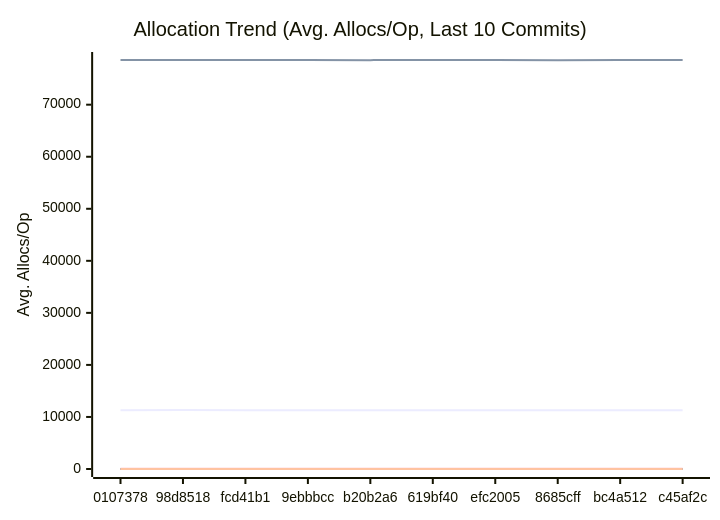
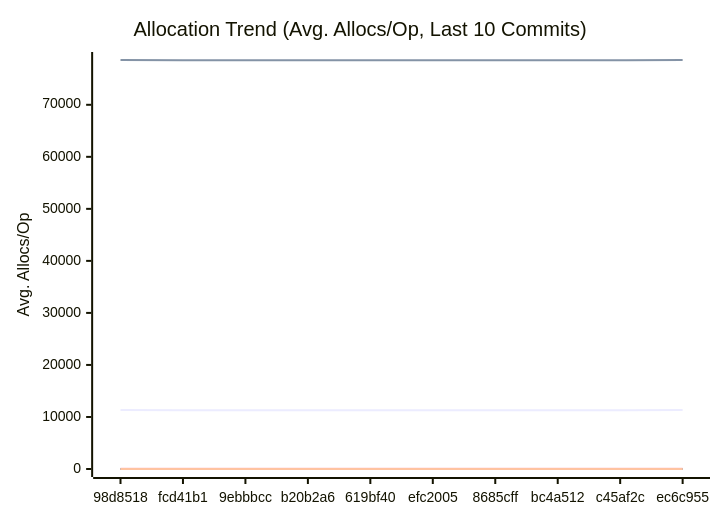
Before and after one commit to alsotoes/momo: the third of 3 diagrams in docs/PERFORMANCE.md, drawn with Mermaid. The commit also changed other lines of this file and 3 other files, not shown here.

````diff
--- a/docs/PERFORMANCE.md
+++ b/docs/PERFORMANCE.md
@@ -197,20 +197,20 @@
 ```mermaid
 xychart-beta
     title "Allocation Trend (Avg. Allocs/Op, Last 10 Commits)"
     x-axis "Commit"
     y-axis "Avg. Allocs/Op"
-    x-axis [0107378,98d8518,fcd41b1,9ebbbcc,b20b2a6,619bf40,efc2005,8685cff,bc4a512,c45af2c]
-    line "AWSChunkedReaderSigned" [11295,11316,11296,11282,11271,11298,11310,11291,11308,11295]
-    line "AWSChunkedReaderUnsigned" [78577,78586,78573,78566,78562,78570,78573,78562,78577,78570]
+    x-axis [98d8518,fcd41b1,9ebbbcc,b20b2a6,619bf40,efc2005,8685cff,bc4a512,c45af2c,ec6c955]
+    line "AWSChunkedReaderSigned" [11316,11296,11282,11271,11298,11310,11291,11308,11295,11329]
+    line "AWSChunkedReaderUnsigned" [78586,78573,78566,78562,78570,78573,78562,78577,78570,78609]
     line "CheckMetricsAndSwap" [0,0,0,0,0,0,0,0,0,0]
     line "CrushOptimized" [0,0,0,0,0,0,0,0,0,0]
     line "CrushOriginal" [3,3,3,3,3,3,3,3,3,3]
     line "IndexDirectTracking" [0,0,0,0,0,0,0,0,0,0]
     line "IndexSearch" [0,0,0,0,0,0,0,0,0,0]
     line "LoadGlobalConfig" [46,46,46,46,46,46,46,46,46,46]
     line "PadString" [1,1,1,1,1,1,1,1,1,1]
     line "ParseReplicationOrder_NoPrealloc" [6,6,6,6,6,5,5,5,5,5]
     line "ParseReplicationOrder_Prealloc" [2,2,2,2,2,1,1,1,1,1]
     line "SanitizeLog/Safe" [0,0,0,0,0,0,0,0,0,0]
     line "SanitizeLog/Unsafe" [1,1,1,1,1,1,1,1,1,1]
 ```
````
